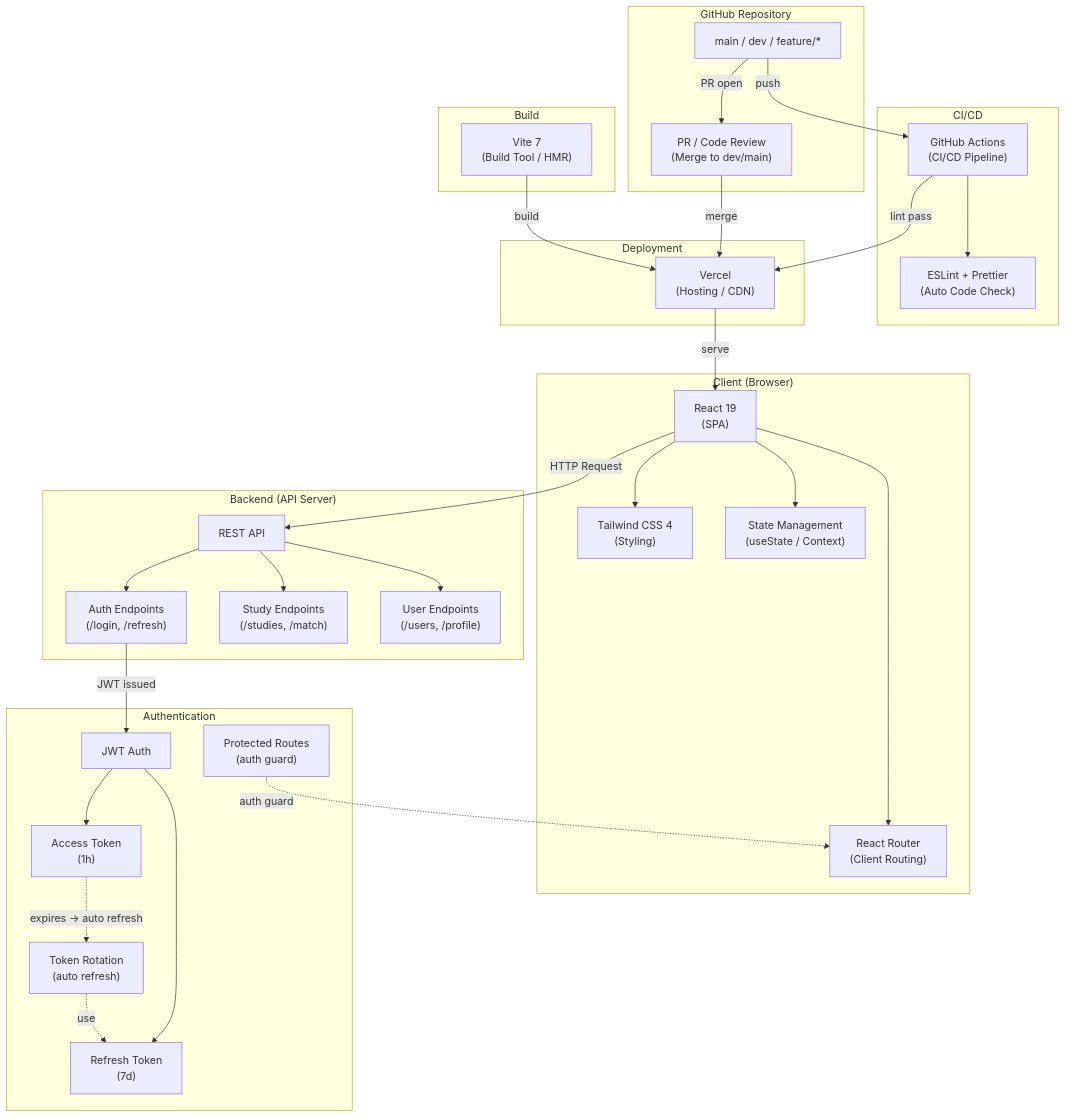
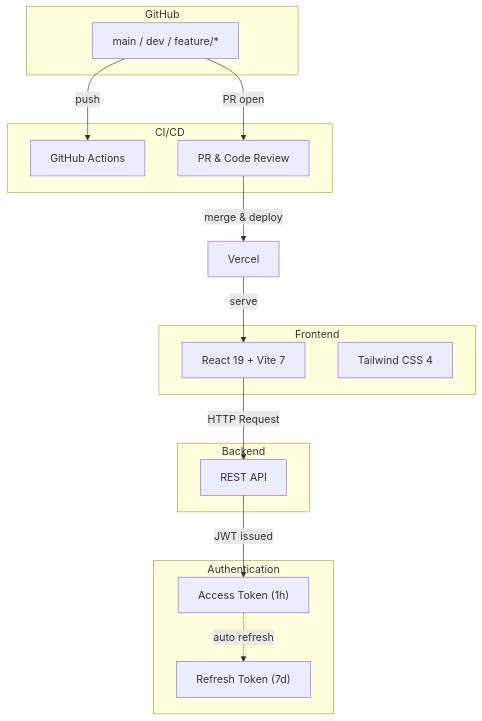
Before and after one commit to circleoflife112/yurihanWeb: the diagram in README.md, drawn with Mermaid.

Commit message:
머메이드3

````diff
--- a/README.md
+++ b/README.md
@@ -5,67 +5,33 @@
 ```mermaid
 graph TB
-    subgraph GitHub["GitHub Repository"]
+    subgraph GitHub["GitHub"]
         Branch["main / dev / feature/*"]
-        PR["PR / Code Review\n(Merge to dev/main)"]
     end
 
     subgraph CICD["CI/CD"]
-        Actions["GitHub Actions\n(CI/CD Pipeline)"]
-        Lint["ESLint + Prettier\n(Auto Code Check)"]
+        Actions["GitHub Actions"]
+        PR["PR & Code Review"]
     end
 
-    subgraph Deploy["Deployment"]
-        Vercel["Vercel\n(Hosting / CDN)"]
-    end
-
-    subgraph Client["Client (Browser)"]
-        React["React 19\n(SPA)"]
-        Router["React Router\n(Client Routing)"]
-        Tailwind["Tailwind CSS 4\n(Styling)"]
-        State["State Management\n(useState / Context)"]
-    end
-
-    subgraph Build["Build"]
-        Vite["Vite 7\n(Build Tool / HMR)"]
+    subgraph Frontend["Frontend"]
+        React["React 19 + Vite 7"]
+        Tailwind["Tailwind CSS 4"]
     end
 
     subgraph Auth["Authentication"]
-        JWT["JWT Auth"]
-        AccessToken["Access Token\n(1h)"]
-        RefreshToken["Refresh Token\n(7d)"]
-        Rotation["Token Rotation\n(auto refresh)"]
-        Guard["Protected Routes\n(auth guard)"]
+        AccessToken["Access Token (1h)"]
+        RefreshToken["Refresh Token (7d)"]
     end
 
-    subgraph Backend["Backend (API Server)"]
+    subgraph Backend["Backend"]
         API["REST API"]
-        AuthAPI["Auth Endpoints\n(/login, /refresh)"]
-        StudyAPI["Study Endpoints\n(/studies, /match)"]
-        UserAPI["User Endpoints\n(/users, /profile)"]
     end
 
     Branch -->|push| Actions
     Branch -->|PR open| PR
-    Actions --> Lint
-    Actions -->|lint pass| Vercel
-    PR -->|merge| Vercel
-
-    Vite -->|build| Vercel
+    PR -->|merge & deploy| Vercel["Vercel"]
     Vercel -->|serve| React
-
-    React --> Router
-    React --> Tailwind
-    React --> State
     React -->|HTTP Request| API
-
-    API --> AuthAPI
-    API --> StudyAPI
-    API --> UserAPI
-
-    AuthAPI -->|JWT issued| JWT
-    JWT --> AccessToken
-    JWT --> RefreshToken
-    AccessToken -.->|expires → auto refresh| Rotation
-    Rotation -.->|use| RefreshToken
-    Guard -.->|auth guard| Router
+    API -->|JWT issued| AccessToken
+    AccessToken -.->|auto refresh| RefreshToken
 ```
````
